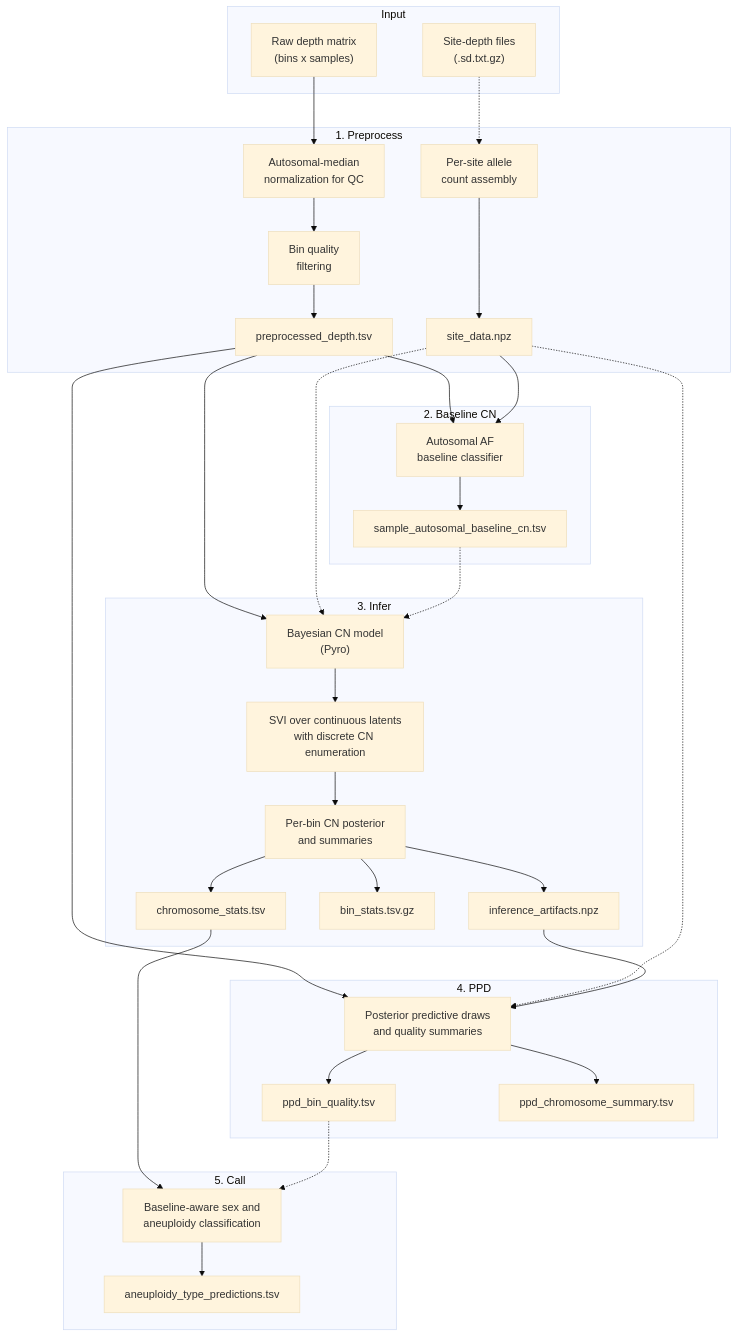
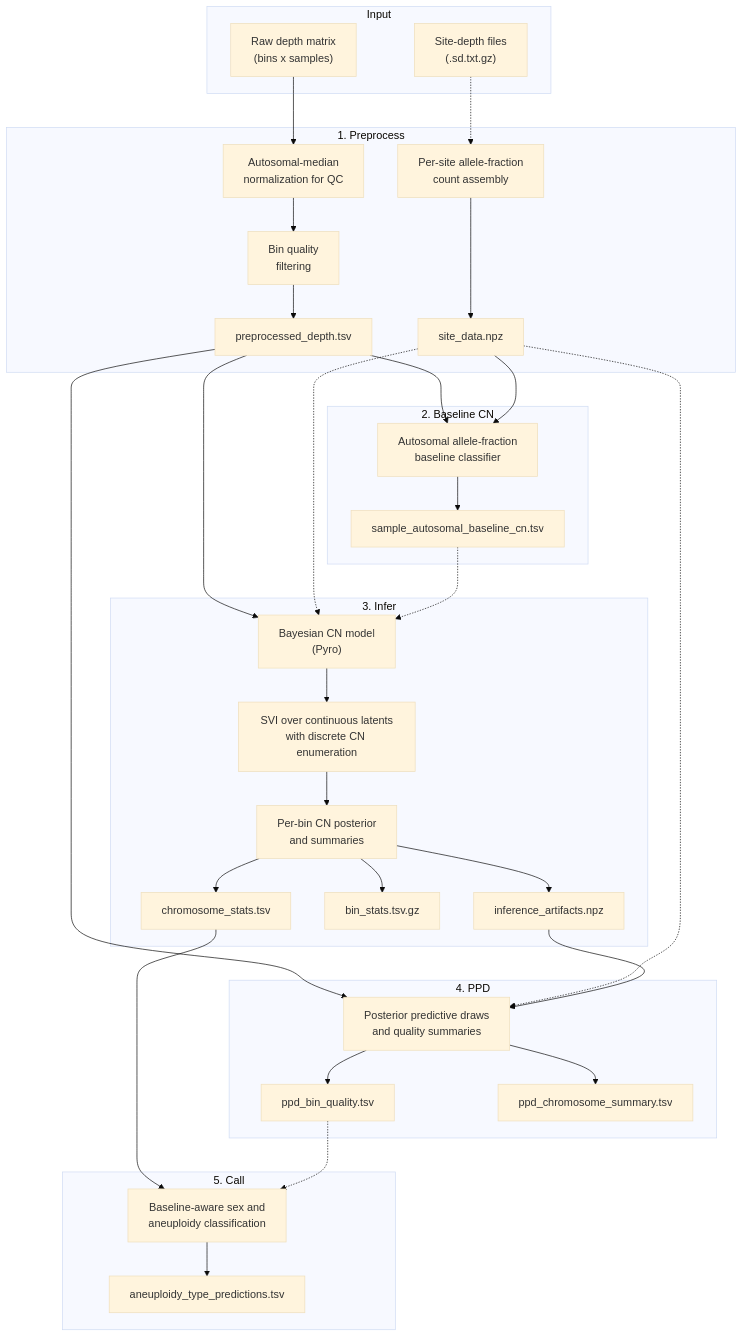
One commit to broadinstitute/gatk-sv changed the diagram in src/gatk-sv-ploidy/README.md. Above: the diagram before and after it, drawn with Mermaid (base theme). The commit also changed other lines of this file and 4 other files, not shown here.

````diff
--- a/src/gatk-sv-ploidy/README.md
+++ b/src/gatk-sv-ploidy/README.md
@@ -159,53 +177,53 @@
 ```mermaid
 flowchart TD
     subgraph Input
         RD["Raw depth matrix\n(bins x samples)"]
         SD["Site-depth files\n(.sd.txt.gz)"]
     end
 
     subgraph "1. Preprocess"
         N["Autosomal-median\nnormalization for QC"]
         BF["Bin quality\nfiltering"]
-        AF["Per-site allele\ncount assembly"]
+        AC["Per-site allele-fraction\ncount assembly"]
         RD --> N --> BF
-        SD -.-> AF
+        SD -.-> AC
         BF --> PD["preprocessed_depth.tsv"]
-        AF --> SN["site_data.npz"]
+        AC --> SN["site_data.npz"]
     end
 
     subgraph "2. Baseline CN"
-        PB["Autosomal AF\nbaseline classifier"]
+        PB["Autosomal allele-fraction\nbaseline classifier"]
         PD --> PB
         SN --> PB
         PB --> AB["sample_autosomal_baseline_cn.tsv"]
     end
 
     subgraph "3. Infer"
         M["Bayesian CN model\n(Pyro)"]
         SVI["SVI over continuous latents\nwith discrete CN enumeration"]
         POST["Per-bin CN posterior\nand summaries"]
         PD --> M
         SN -.-> M
         AB -.-> M
         M --> SVI --> POST
         POST --> IA["inference_artifacts.npz"]
         POST --> BS["bin_stats.tsv.gz"]
         POST --> CS["chromosome_stats.tsv"]
     end
 
     subgraph "4. PPD"
         PPD["Posterior predictive draws\nand quality summaries"]
         PD --> PPD
         SN -.-> PPD
         IA --> PPD
         PPD --> PQ["ppd_bin_quality.tsv"]
         PPD --> PC["ppd_chromosome_summary.tsv"]
     end
 
     subgraph "5. Call"
         CALL["Baseline-aware sex and\naneuploidy classification"]
         CS --> CALL
         PQ -.-> CALL
         CALL --> PR["aneuploidy_type_predictions.tsv"]
     end
 ```
````
